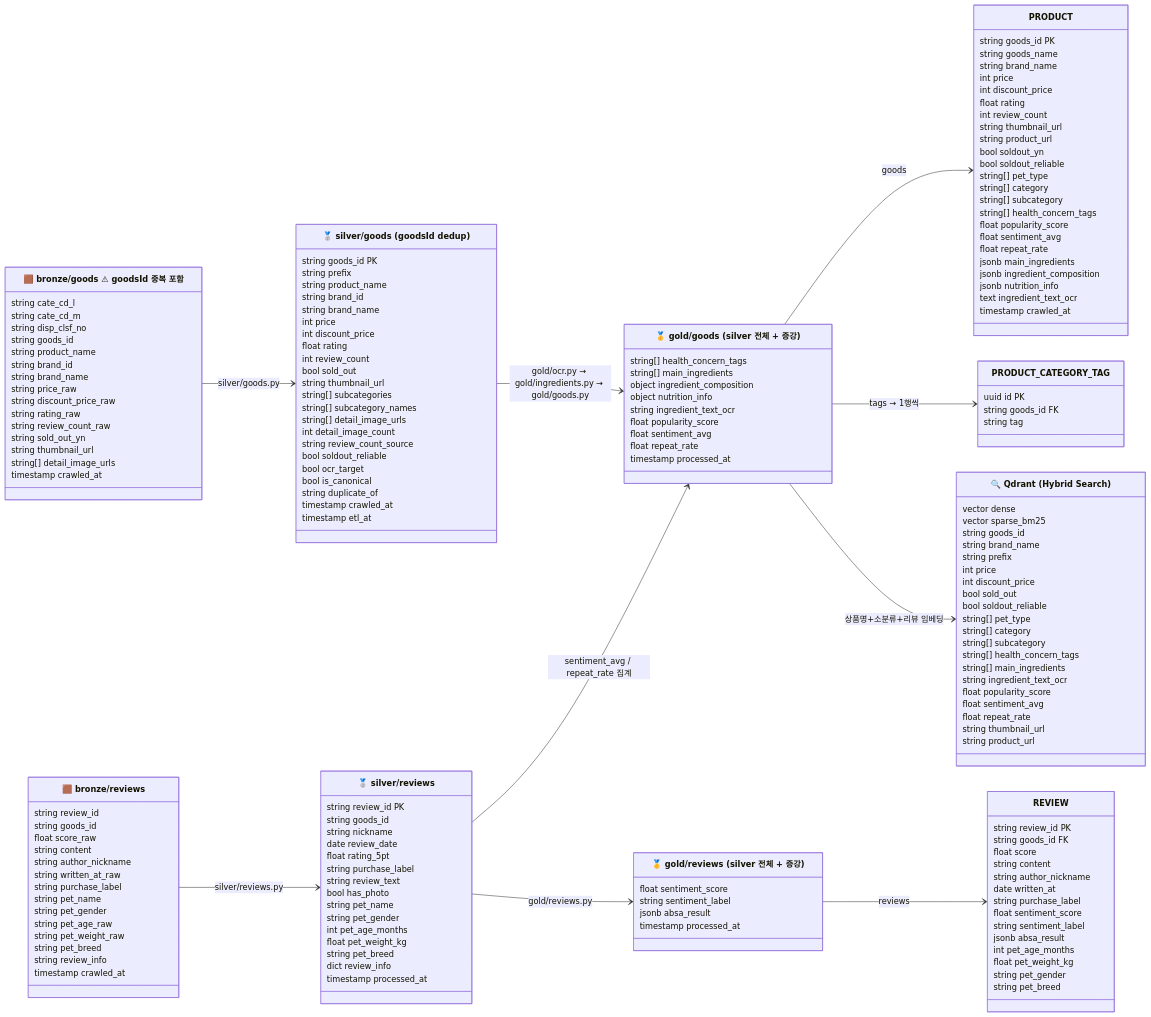
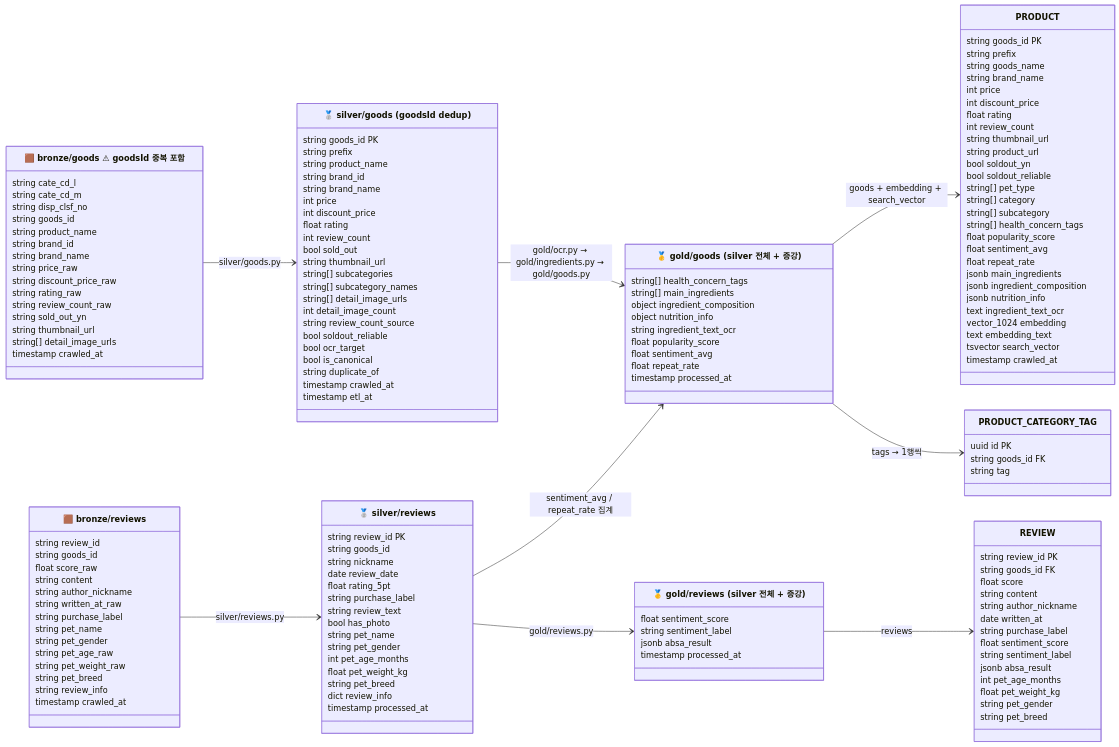
Before and after one commit to skn-ai22-251029/SKN22-Final-2Team-WEB: the second of 2 diagrams in docs/data/02_medallion_schema.md, drawn with Mermaid. The commit also changed other lines of this file and 13 other files, not shown here.

First line of the commit message:
feat(products): Qdrant → pgvector 마이그레이션 — Dense + Kiwi tsvector Hybrid Search

````diff
--- a/docs/data/02_medallion_schema.md
+++ b/docs/data/02_medallion_schema.md
@@ -166,28 +164,32 @@
     }
 
     class PRODUCT {
-        string  goods_id  PK
-        string  goods_name
-        string  brand_name
-        int     price
-        int     discount_price
-        float   rating
-        int     review_count
-        string  thumbnail_url
-        string  product_url
-        bool    soldout_yn
-        bool    soldout_reliable
+        string    goods_id  PK
+        string    prefix
+        string    goods_name
+        string    brand_name
+        int       price
+        int       discount_price
+        float     rating
+        int       review_count
+        string    thumbnail_url
+        string    product_url
+        bool      soldout_yn
+        bool      soldout_reliable
         string[]  pet_type
         string[]  category
         string[]  subcategory
         string[]  health_concern_tags
-        float   popularity_score
-        float   sentiment_avg
-        float   repeat_rate
-        jsonb   main_ingredients
-        jsonb   ingredient_composition
-        jsonb   nutrition_info
-        text    ingredient_text_ocr
+        float     popularity_score
+        float     sentiment_avg
+        float     repeat_rate
+        jsonb     main_ingredients
+        jsonb     ingredient_composition
+        jsonb     nutrition_info
+        text      ingredient_text_ocr
+        vector_1024  embedding
+        text      embedding_text
+        tsvector  search_vector
         timestamp crawled_at
     }
 
@@ -214,36 +216,12 @@
         string  pet_breed
     }
 
-    class Qdrant["🔍 Qdrant  (Hybrid Search)"] {
-        vector  dense
-        vector  sparse_bm25
-        string  goods_id
-        string  brand_name
-        string  prefix
-        int     price
-        int     discount_price
-        bool    sold_out
-        bool    soldout_reliable
-        string[]  pet_type
-        string[]  category
-        string[]  subcategory
-        string[]  health_concern_tags
-        string[]  main_ingredients
-        string  ingredient_text_ocr
-        float   popularity_score
-        float   sentiment_avg
-        float   repeat_rate
-        string  thumbnail_url
-        string  product_url
-    }
-
     BronzeGoods   --> SilverGoods    : silver/goods.py
     BronzeReviews --> SilverReviews  : silver/reviews.py
     SilverGoods   --> GoldGoods      : gold/ocr.py → gold/ingredients.py → gold/goods.py
     SilverReviews --> GoldGoods      : sentiment_avg / repeat_rate 집계
     SilverReviews --> GoldReviews    : gold/reviews.py
-    GoldGoods    --> PRODUCT       : goods
+    GoldGoods    --> PRODUCT       : goods + embedding + search_vector
     GoldGoods    --> PRODUCT_CATEGORY_TAG : tags → 1행씩
     GoldReviews  --> REVIEW        : reviews
-    GoldGoods    --> Qdrant        : 상품명+소분류+리뷰 임베딩
 ```
````
